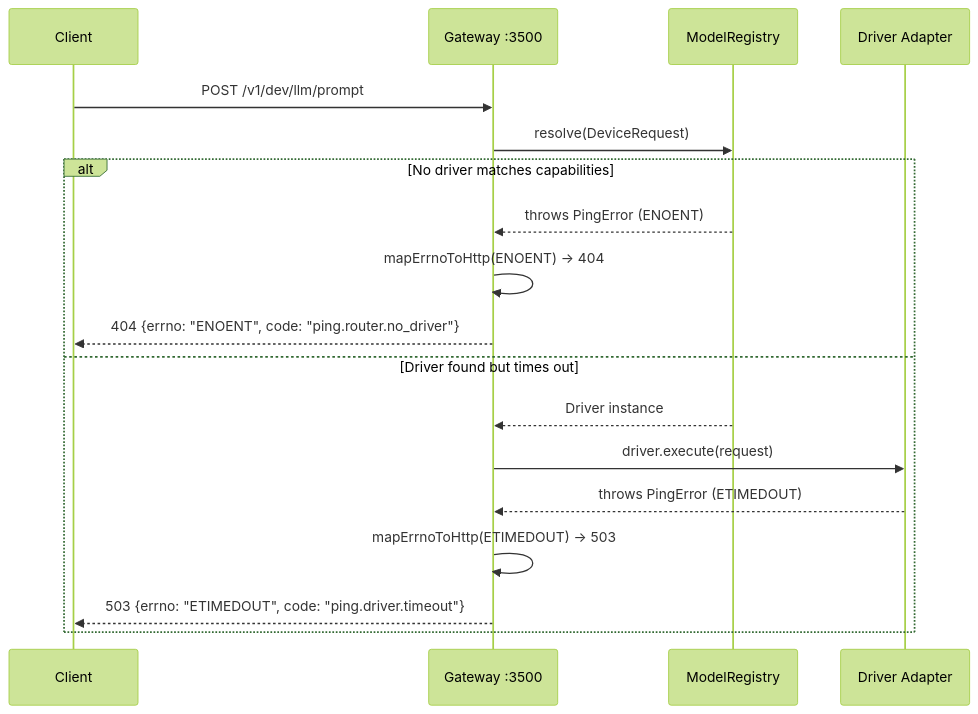
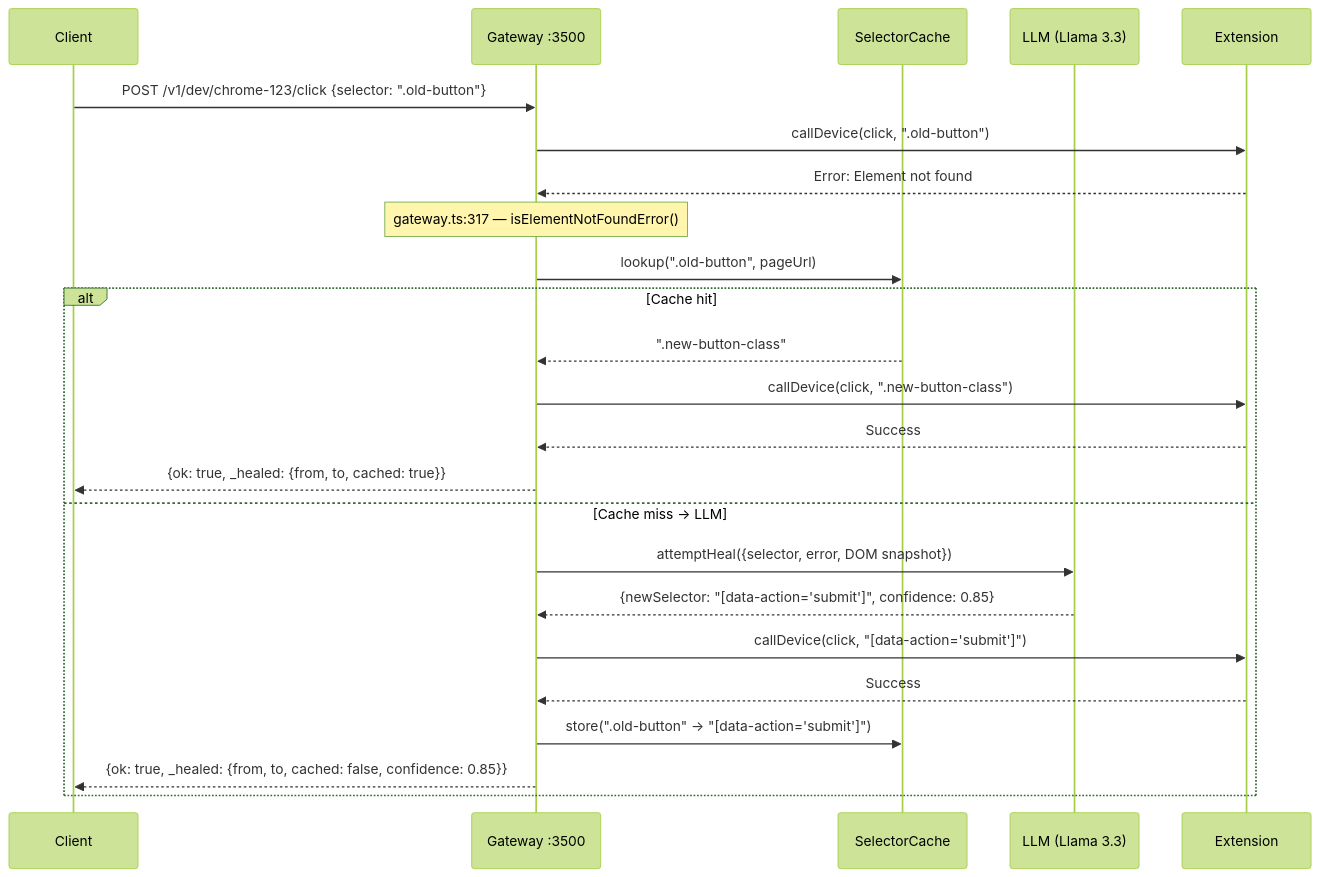
One commit to lorcan35/pingdev changed the sixth of 13 diagrams in docs/ARCHITECTURE.md. Above: the diagram before and after it, drawn with Mermaid (forest theme). The commit also changed other lines of this file and 28 other files, not shown here.

Commit message:
docs: comprehensive documentation overhaul — API, architecture, guides, install

````diff
--- a/docs/ARCHITECTURE.md
+++ b/docs/ARCHITECTURE.md
@@ -140,22 +185,28 @@
 ```mermaid
 sequenceDiagram
     participant Client
     participant Gateway as Gateway :3500
-    participant Registry as ModelRegistry
-    participant Driver as Driver Adapter
+    participant Cache as SelectorCache
+    participant LLM as LLM (Llama 3.3)
+    participant Ext as Extension
 
-    Client->>Gateway: POST /v1/dev/llm/prompt
-    Gateway->>Registry: resolve(DeviceRequest)
+    Client->>Gateway: POST /v1/dev/chrome-123/click {selector: ".old-button"}
+    Gateway->>Ext: callDevice(click, ".old-button")
+    Ext-->>Gateway: Error: Element not found
+    Note over Gateway: gateway.ts:317 — isElementNotFoundError()
 
-    alt No driver matches capabilities
-        Registry-->>Gateway: throws PingError (ENOENT)
-        Gateway->>Gateway: mapErrnoToHttp(ENOENT) → 404
-        Gateway-->>Client: 404 {errno: "ENOENT", code: "ping.router.no_driver"}
-    else Driver found but times out
-        Registry-->>Gateway: Driver instance
-        Gateway->>Driver: driver.execute(request)
-        Driver-->>Gateway: throws PingError (ETIMEDOUT)
-        Gateway->>Gateway: mapErrnoToHttp(ETIMEDOUT) → 503
-        Gateway-->>Client: 503 {errno: "ETIMEDOUT", code: "ping.driver.timeout"}
+    Gateway->>Cache: lookup(".old-button", pageUrl)
+    alt Cache hit
+        Cache-->>Gateway: ".new-button-class"
+        Gateway->>Ext: callDevice(click, ".new-button-class")
+        Ext-->>Gateway: Success
+        Gateway-->>Client: {ok: true, _healed: {from, to, cached: true}}
+    else Cache miss → LLM
+        Gateway->>LLM: attemptHeal({selector, error, DOM snapshot})
+        LLM-->>Gateway: {newSelector: "[data-action='submit']", confidence: 0.85}
+        Gateway->>Ext: callDevice(click, "[data-action='submit']")
+        Ext-->>Gateway: Success
+        Gateway->>Cache: store(".old-button" → "[data-action='submit']")
+        Gateway-->>Client: {ok: true, _healed: {from, to, cached: false, confidence: 0.85}}
     end
 ```
````
